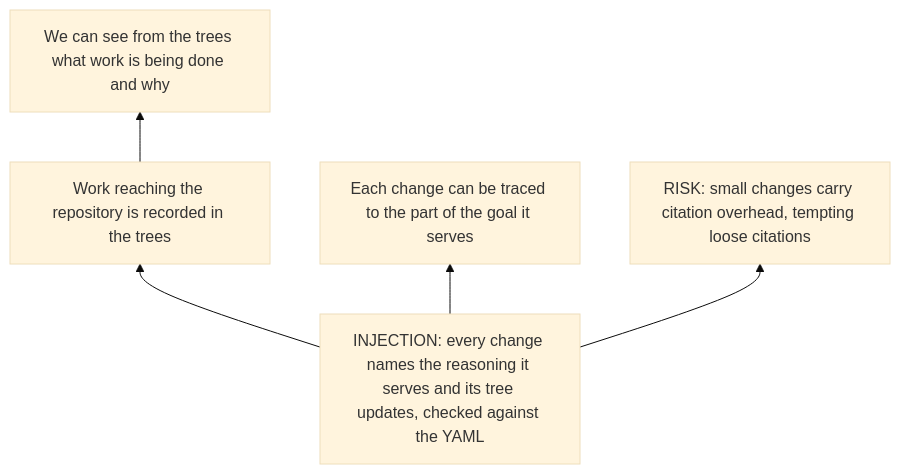
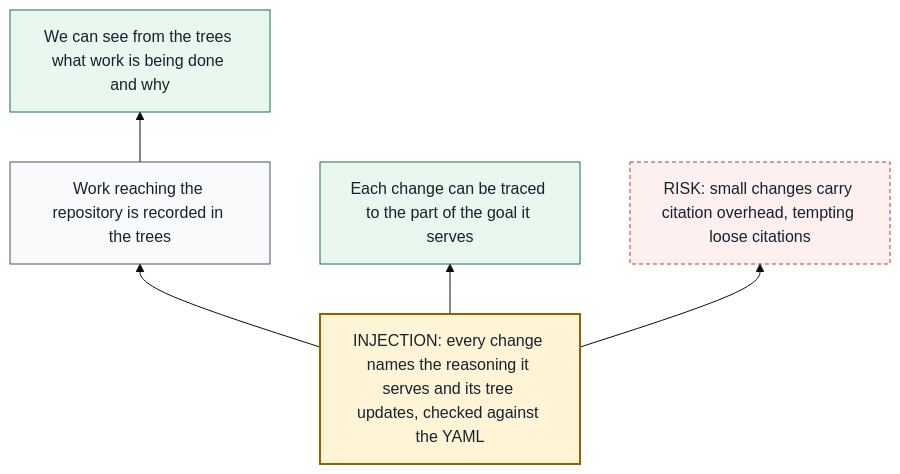
The second of 2 diagrams in blog/making-work-add-up.md (life-itself/reasoncommons), drawn with Mermaid (base theme) before and after one commit. The commit also changed other lines of this file and 3 other files, not shown here.

First line of the commit message:
blog: SVG renders of the post's diagrams, for the pull request

````diff
--- a/blog/making-work-add-up.md
+++ b/blog/making-work-add-up.md
@@ -90,12 +98,20 @@
 ```mermaid
 flowchart BT
   I["INJECTION: every change names the reasoning it serves and its tree updates, checked against the YAML"]
   W["Work reaching the repository is recorded in the trees"]
   S["We can see from the trees what work is being done and why"]
   T["Each change can be traced to the part of the goal it serves"]
   N["RISK: small changes carry citation overhead, tempting loose citations"]
   I --> W
   W --> S
   I --> T
   I --> N
+  classDef key fill:#fff4d6,stroke:#996000,stroke-width:2px,color:#17212e
+  classDef effect fill:#f8fafc,stroke:#475569,color:#17212e
+  classDef good fill:#eaf7ef,stroke:#18734a,color:#17212e
+  classDef risk fill:#fff0f0,stroke:#b23b3b,stroke-dasharray:4 3,color:#17212e
+  class I key
+  class W effect
+  class S,T good
+  class N risk
 ```
````
